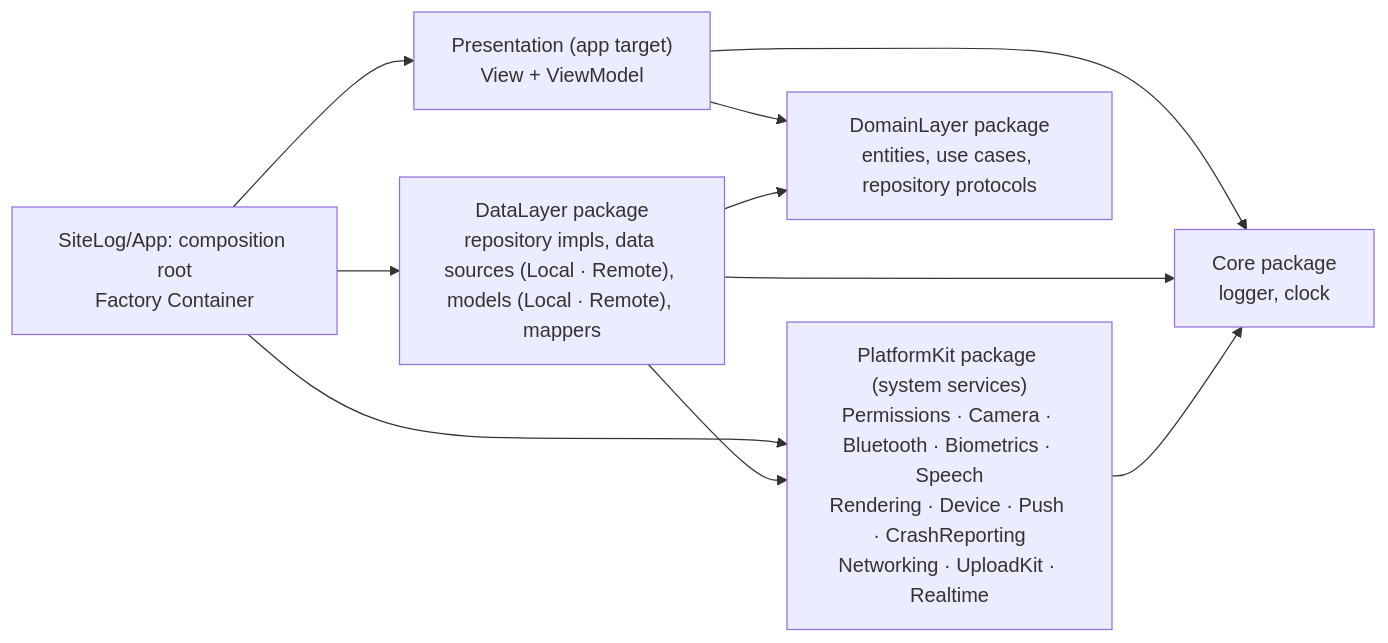
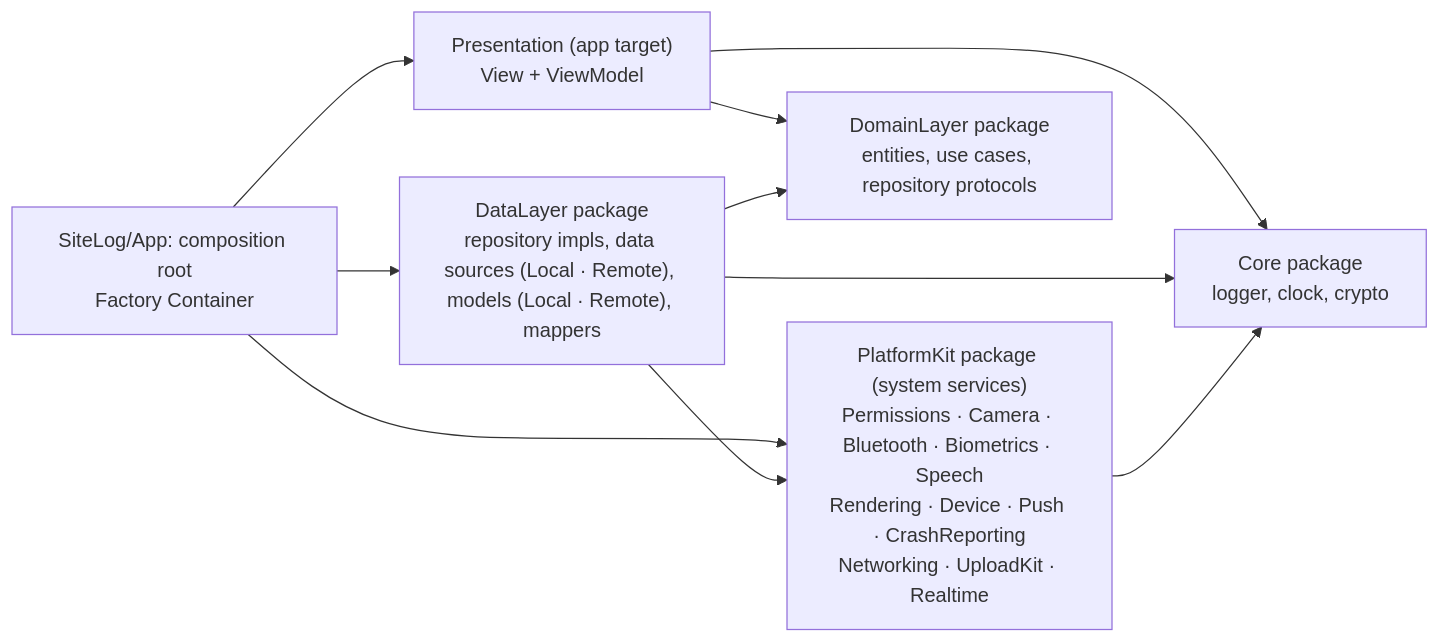
Before and after one commit to DAMHONGDUC/site-log-ios: the diagram in docs/feature-docs/00-overview.md, drawn with Mermaid. The commit also changed other lines of this file and 4 other files, not shown here.

First line of the commit message:
docs: update docs - detail is the audit fixes and ROADMAP… · docs/feature-docs (1/11)

````diff
--- a/docs/feature-docs/00-overview.md
+++ b/docs/feature-docs/00-overview.md
@@ -252,12 +252,12 @@
 ```mermaid
 flowchart LR
     App["SiteLog/App: composition root<br/>Factory Container"] --> P["Presentation (app target)<br/>View + ViewModel"]
     App --> Data["DataLayer package<br/>repository impls, data sources (Local · Remote), models (Local · Remote), mappers"]
     App --> I
     P --> D["DomainLayer package<br/>entities, use cases, repository protocols"]
     Data --> D
     Data --> I["PlatformKit package (system services)<br/>Permissions · Camera · Bluetooth · Biometrics · Speech<br/>Rendering · Device · Push · CrashReporting<br/>Networking · UploadKit · Realtime"]
-    P --> C["Core package<br/>logger, clock"]
+    P --> C["Core package<br/>logger, clock, crypto"]
     Data --> C
     I --> C
 ```
````
